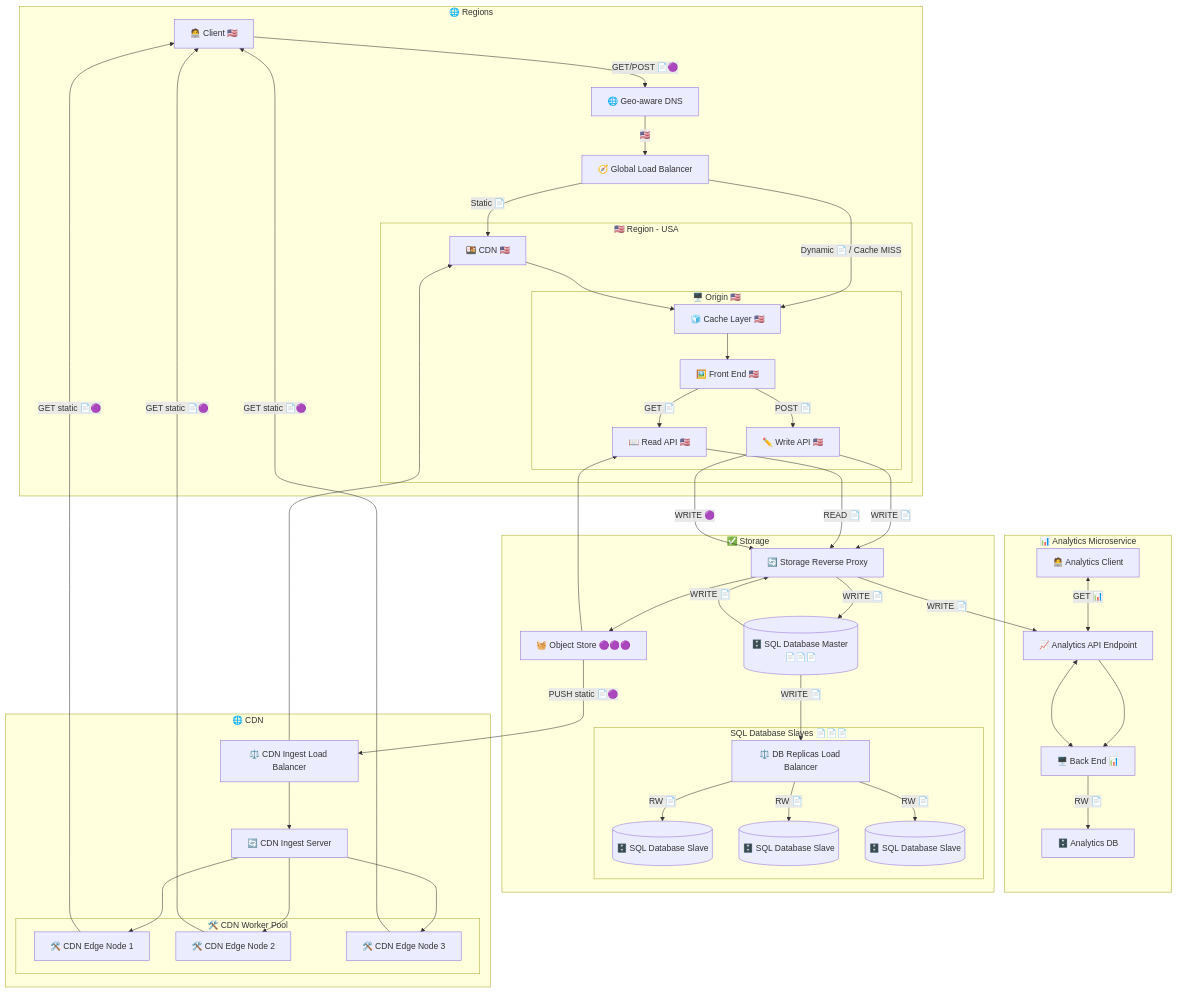
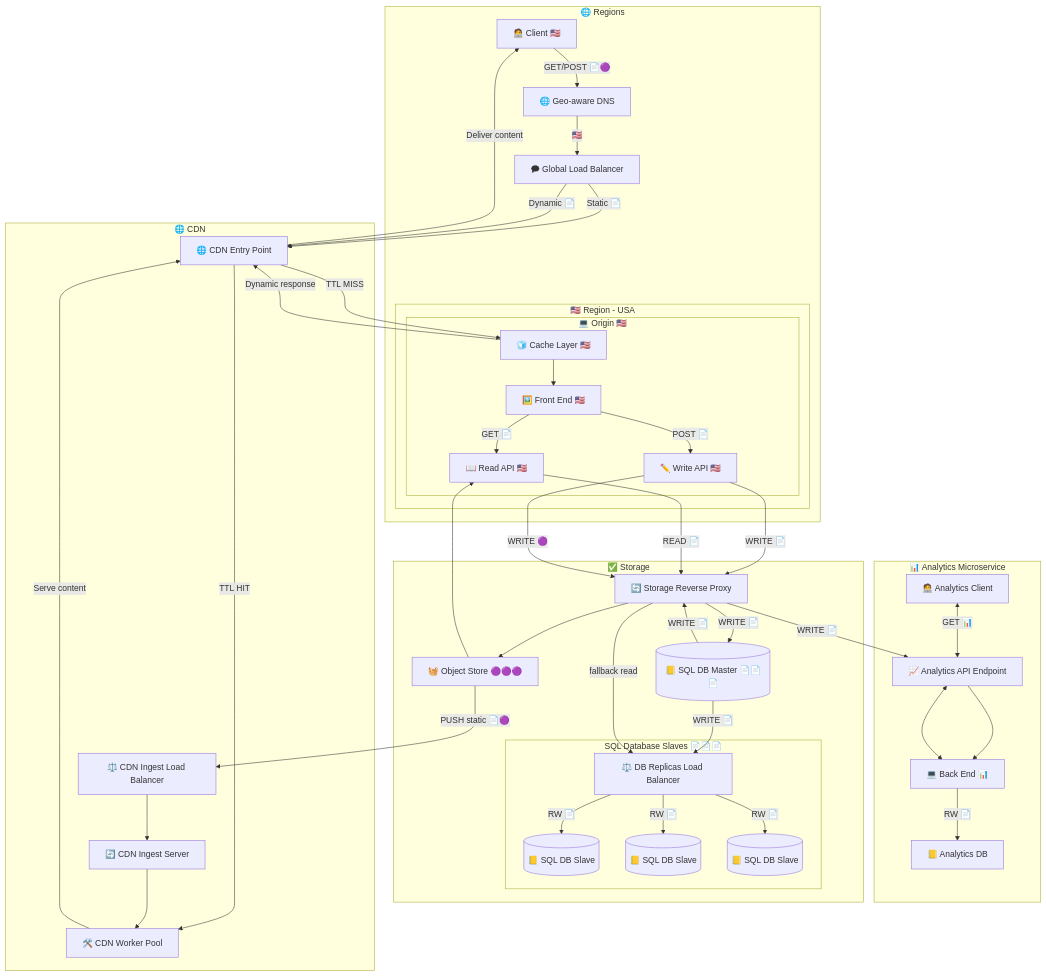
Before and after one commit to clockworkpc/simsite: the diagram in complete_pastebin.md, drawn with Mermaid.

Commit message:
further enhancements

````diff
--- a/complete_pastebin.md
+++ b/complete_pastebin.md
@@ -1,109 +1,105 @@
 ```mermaid
 graph TD
 
-    %% Subgraph: Regions
-    subgraph regions [🌐 Regions]
-        clientus[🧑‍💻 Client 🇺🇸]
-        geodns[🌐 Geo-aware DNS]
-        globallb[🧭 Global Load Balancer]
+  %% Subgraph: Regions
+  subgraph regions [🌐 Regions]
+    clientus[🧑‍💻 Client 🇺🇸]
+    geodns[🌐 Geo-aware DNS]
+    globallb[🗭 Global Load Balancer]
 
-        subgraph regionus[🇺🇸 Region - USA]
-            cdnus[🍱 CDN 🇺🇸]
-            subgraph usorigin[🖥️ Origin 🇺🇸]
-                uscache[🧊 Cache Layer 🇺🇸]
-                usfrontend[🖼️ Front End 🇺🇸]
-                usreadapi[📖 Read API 🇺🇸]
-                uswriteapi[✏️ Write API 🇺🇸]
-            end
-        end
+    subgraph us_region[🇺🇸 Region - USA]
+      subgraph us_origin[💻 Origin 🇺🇸]
+        us_cache[🧊 Cache Layer 🇺🇸]
+        us_frontend[🖼️ Front End 🇺🇸]
+        us_read_api[📖 Read API 🇺🇸]
+        us_write_api[✏️ Write API 🇺🇸]
+      end
     end
+  end
 
-    %% Subgraph: Analytics Microservice
-    subgraph analyticsmicroservice[📊 Analytics Microservice]
-        analyticsclient[🧑‍💻 Analytics Client]
-        analyticsapiendpoint[📈 Analytics API Endpoint]
-        analyticsapiserver[🖥️ Back End 📊]
-        analyticsdb[🗄️ Analytics DB]
+  %% Subgraph: Analytics Microservice
+  subgraph analyticsmicroservice[📊 Analytics Microservice]
+    analyticsclient[🧑‍💻 Analytics Client]
+    analyticsapiendpoint[📈 Analytics API Endpoint]
+    analyticsapiserver[💻 Back End 📊]
+    analyticsdb[📒 Analytics DB]
+  end
+
+  %% Subgraph: SQL + Object Storage
+  subgraph sqldb[✅ Storage]
+    storagereverseproxy[🔄 Storage Reverse Proxy]
+    objectstore[🧺 Object Store 🟣🟣🟣]
+    sqlmaster[(📒 SQL DB Master 📄📄📄)]
+    subgraph sqlslaves[SQL Database Slaves 📄📄📄]
+      dbloadbalancer[⚖️ DB Replicas Load Balancer]
+      sqlslave1[(📒 SQL DB Slave)]
+      sqlslave2[(📒 SQL DB Slave)]
+      sqlslave3[(📒 SQL DB Slave)]
     end
+  end
 
-    %% Subgraph: SQL + Object Storage
-    subgraph sqldb[✅ Storage]
-        storagereverseproxy[🔄 Storage Reverse Proxy]
-        objectstore[🧺 Object Store 🟣🟣🟣]
-        sqlmaster[(🗄️ SQL Database Master 📄📄📄)]
-        subgraph sqlslaves[SQL Database Slaves 📄📄📄]
-            dbloadbalancer[⚖️ DB Replicas Load Balancer]
-            sqlslave1[(🗄️ SQL Database Slave)]
-            sqlslave2[(🗄️ SQL Database Slave)]
-            sqlslave3[(🗄️ SQL Database Slave)]
-        end
-    end
+  %% Subgraph: CDN Layer
+  subgraph cdn [🌐 CDN]
+    cdnentrypoint[🌐 CDN Entry Point]
+    cdnloadbalancer[⚖️ CDN Ingest Load Balancer]
+    cdnserver[🔄 CDN Ingest Server]
+    cdnworkerpool[🛠️ CDN Worker Pool]
+  end
 
-    %% Subgraph: CDN Layer
-    subgraph cdn [🌐 CDN]
-        cdnloadbalancer[⚖️ CDN Ingest Load Balancer]
-        cdnserver[🔄 CDN Ingest Server]
-        subgraph cdnworkerpool[🛠️ CDN Worker Pool]
-            cdnworker1[🛠️ CDN Edge Node 1]
-            cdnworker2[🛠️ CDN Edge Node 2]
-            cdnworker3[🛠️ CDN Edge Node 3]
-        end
-    end
+  %% ===========================
+  %% ======= Traffic Flow =======
+  %% ===========================
 
-    %% ============================
-    %% ======= Traffic Flow =======
-    %% ============================
+  %% Entry Path
+  clientus -->|GET/POST 📄🟣| geodns
+  geodns -->|🇺🇸| globallb
 
-    %% Client to DNS to Load Balancer
-    clientus -->|GET/POST 📄🟣| geodns
-    geodns -->|🇺🇸| globallb
+  %% Static content routes to CDN entry point
+  globallb -->|Static 📄| cdnentrypoint
 
-    %% Static: Global Load Balancer to CDN
-    globallb -->|Static 📄| cdnus
+  %% Dynamic content or cache miss also goes to CDN entry point
+  globallb -->|Dynamic 📄| cdnentrypoint
 
-    %% Dynamic & Fallback: Global Load Balancer to Origin
-    globallb -->|Dynamic 📄 / Cache MISS| uscache
+  %% CDN Entry Point logic
+  cdnentrypoint -->|TTL HIT| cdnworkerpool
+  cdnentrypoint -->|TTL MISS| us_cache
 
-    %% CDN Routing (optional replication)
-    cdnloadbalancer --> cdnus
+  %% Response Path (always flows back via CDN entry)
+  cdnworkerpool -->|Serve content| cdnentrypoint
+  us_cache -->|Dynamic response| cdnentrypoint
+  cdnentrypoint -->|Deliver content| clientus
 
-    %% CDN Ingest (Object Store to Edge)
-    objectstore -->|PUSH static 📄🟣| cdnloadbalancer
-    cdnloadbalancer --> cdnserver
-    cdnserver --> cdnworker1
-    cdnserver --> cdnworker2
-    cdnserver --> cdnworker3
+  %% CDN Ingest Path (Origin → CDN)
+  objectstore -->|PUSH static 📄🟣| cdnloadbalancer
+  cdnloadbalancer --> cdnserver
+  cdnserver --> cdnworkerpool
 
-    %% CDN edge nodes serve static content
-    cdnworker1 -->|GET static 📄🟣| clientus
-    cdnworker2 -->|GET static 📄🟣| clientus
-    cdnworker3 -->|GET static 📄🟣| clientus
+  %% Origin App Logic
+  us_cache --> us_frontend
+  us_frontend -->|GET 📄| us_read_api
+  us_frontend -->|POST 📄| us_write_api
 
-    %% CDN to Origin via Cache
-    cdnus --> uscache
-    uscache --> usfrontend
-    usfrontend -->|GET 📄| usreadapi
-    usfrontend -->|POST 📄| uswriteapi
+  us_write_api -->|WRITE 📄| storagereverseproxy
+  us_read_api -->|READ 📄| storagereverseproxy
+  storagereverseproxy -->|WRITE 📄| sqlmaster
+  us_write_api -->|WRITE 🟣| storagereverseproxy
+  storagereverseproxy --> objectstore
+  objectstore --> us_read_api
 
-    %% API to Storage
-    uswriteapi -->|WRITE 📄| storagereverseproxy
-    usreadapi -->|READ 📄| storagereverseproxy
-    storagereverseproxy -->|WRITE 📄| sqlmaster
-    uswriteapi -->|WRITE 🟣| storagereverseproxy
-    storagereverseproxy --> objectstore
-    objectstore --> usreadapi
+  %% DB Replication
+  sqlmaster -->|WRITE 📄| dbloadbalancer
+  dbloadbalancer -->|RW 📄| sqlslave1
+  dbloadbalancer -->|RW 📄| sqlslave2
+  dbloadbalancer -->|RW 📄| sqlslave3
 
-    %% SQL Replication
-    sqlmaster -->|WRITE 📄| dbloadbalancer
-    dbloadbalancer -->|RW 📄| sqlslave1
-    dbloadbalancer -->|RW 📄| sqlslave2
-    dbloadbalancer -->|RW 📄| sqlslave3
+  %% Analytics
+  sqlmaster -->|WRITE 📄| storagereverseproxy
+  storagereverseproxy -->|WRITE 📄| analyticsapiendpoint
+  analyticsapiendpoint --> analyticsapiserver
+  analyticsapiserver -->|RW 📄| analyticsdb
+  analyticsclient <-->|GET 📊| analyticsapiendpoint
+  analyticsapiendpoint <--> analyticsapiserver
 
-    %% Analytics pipeline
-    sqlmaster -->|WRITE 📄| storagereverseproxy
-    storagereverseproxy -->|WRITE 📄| analyticsapiendpoint
-    analyticsapiendpoint --> analyticsapiserver
-    analyticsapiserver -->|RW 📄| analyticsdb
-    analyticsclient <-->|GET 📊| analyticsapiendpoint
-    analyticsapiendpoint <--> analyticsapiserver
+  %% Storage Failover
+  storagereverseproxy -->|fallback read| dbloadbalancer
 ```
````
